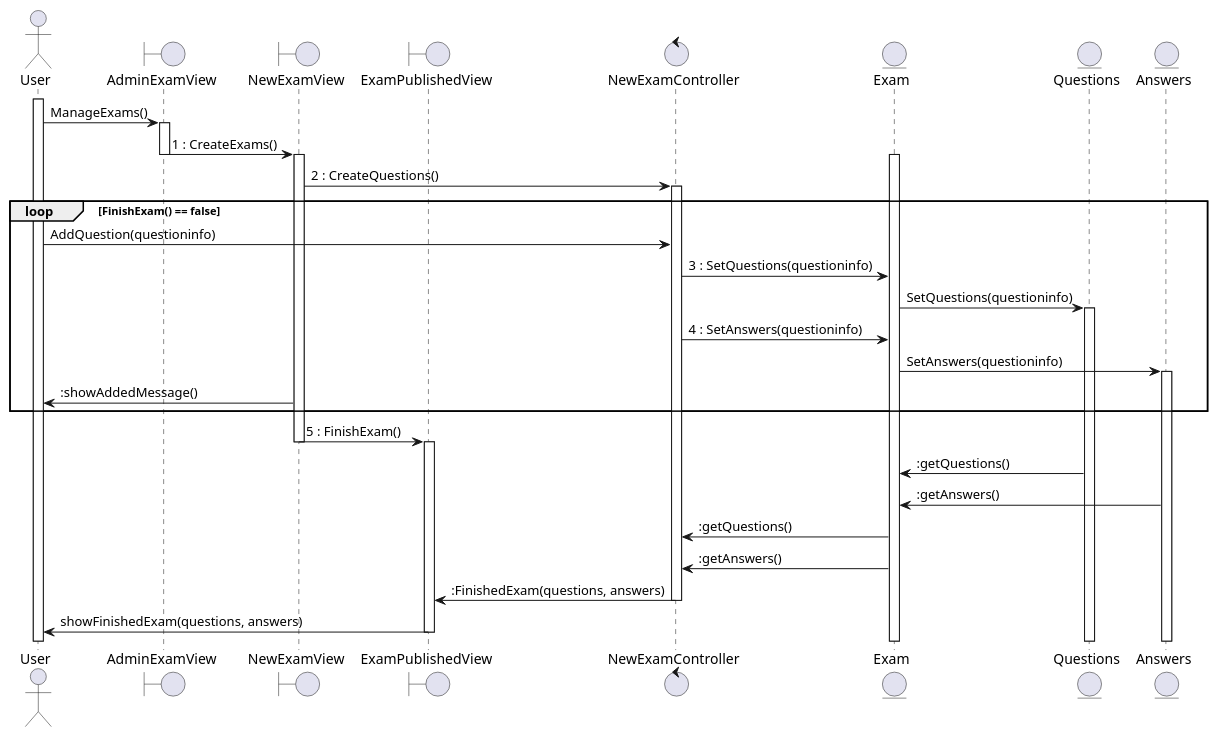
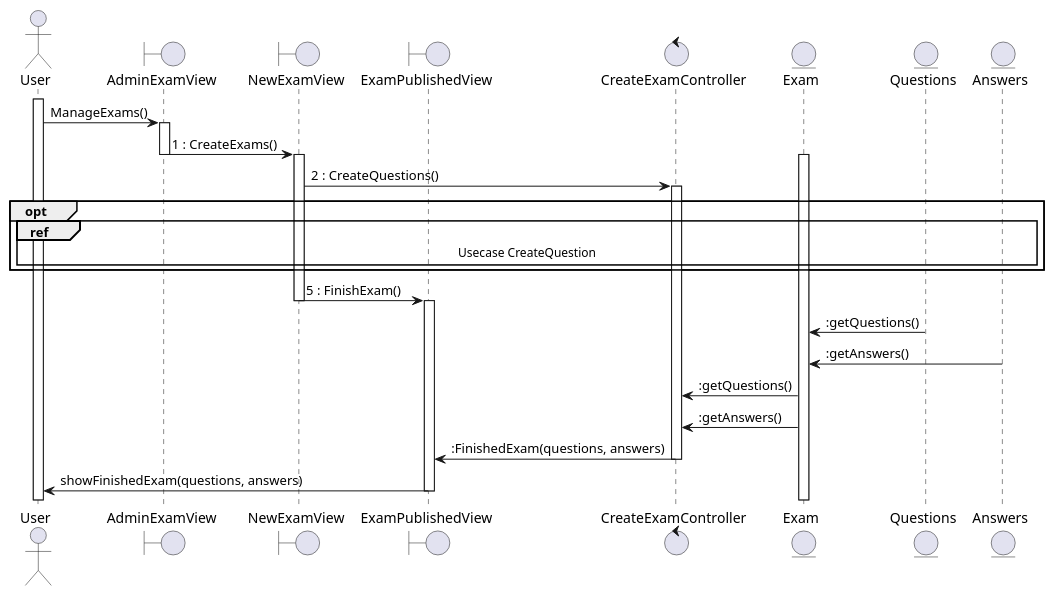
One commit to TheSProyect/Proyecto-IS-Grupo-1 changed the diagram in docs/logicalView/desingView/classDesign/UC-CreateExam-SequenceDiagram.plantuml. Above: the diagram before and after it, drawn with PlantUML. The commit also changed 1 other file, not shown here.

Commit message:
Finished Sequence Diagrams

```diff
--- a/docs/logicalView/desingView/classDesign/UC-CreateExam-SequenceDiagram.plantuml
+++ b/docs/logicalView/desingView/classDesign/UC-CreateExam-SequenceDiagram.plantuml
@@ -1,57 +1,46 @@
 actor User
 
 boundary AdminExamView as AV
 boundary NewExamView as NV
 boundary ExamPublishedView as PV
 
-control NewExamController as C
+control CreateExamController as C
 
 entity Exam as X
 entity Questions as Q
 entity Answers as A
 
 activate User
 User -> AV : ManageExams()
 activate AV
 
 AV -> NV : 1 : CreateExams()
 deactivate AV
 activate NV
 activate X
 
 NV -> C : 2 : CreateQuestions()
 activate C
-
-loop FinishExam() == false
-
-User -> C : AddQuestion(questioninfo)
-
-C -> X : 3 : SetQuestions(questioninfo)
-X -> Q : SetQuestions(questioninfo)
-activate Q
-
-C -> X : 4 : SetAnswers(questioninfo)
-X -> A : SetAnswers(questioninfo)
-activate A
-
-NV -> User : :showAddedMessage()
-
+opt 
+ref over User,A
+Usecase CreateQuestion
+end ref
 end
 NV -> PV : 5 : FinishExam()
 deactivate NV
 activate PV
 
 Q -> X : :getQuestions()
 
 A -> X : :getAnswers()
 
 X -> C : :getQuestions()
 
 X ->  C : :getAnswers()
 
 
 C -> PV : :FinishedExam(questions, answers)
 deactivate C
 
 PV -> User : showFinishedExam(questions, answers)
 deactivate PV
```
